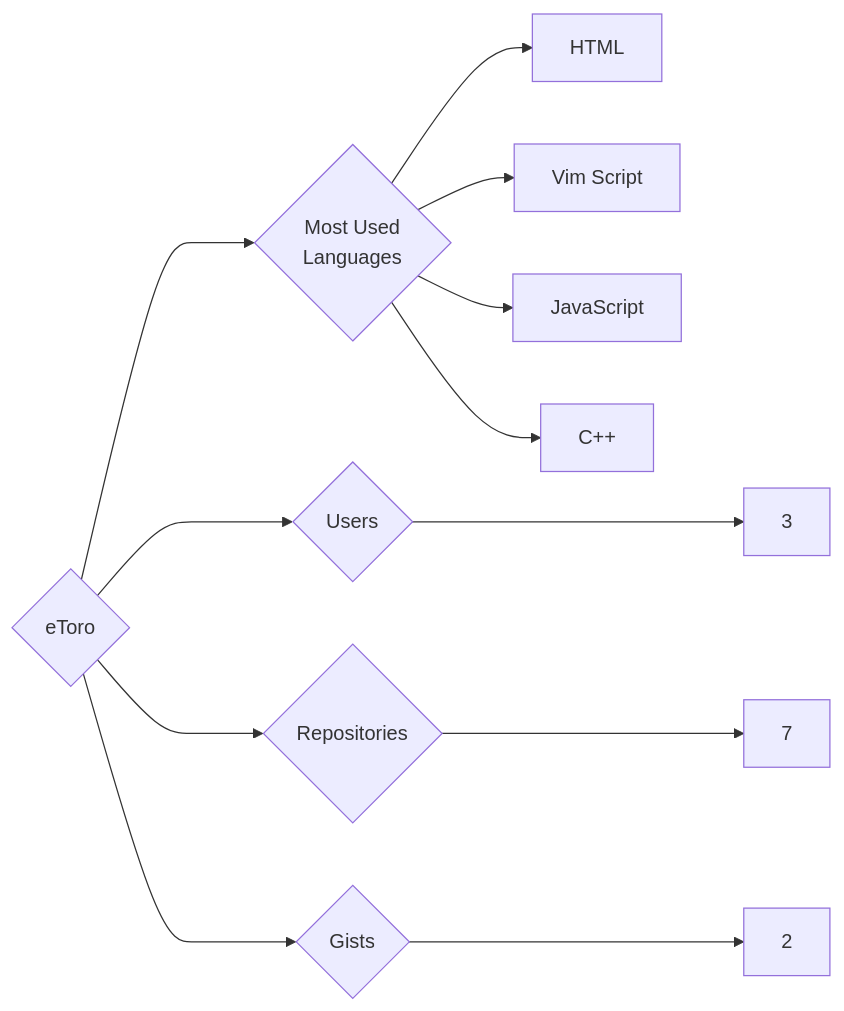
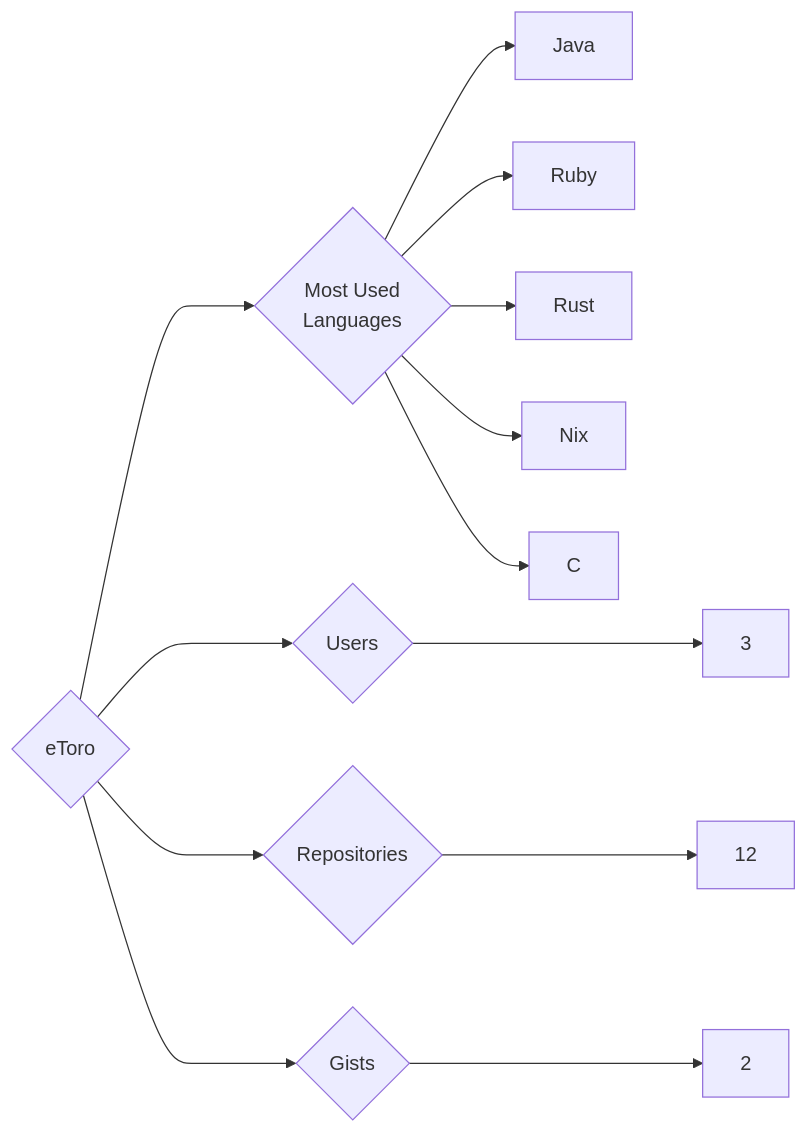
One commit to trickest/insiders changed the diagram in targets/eToro/README.md. Above: the diagram before and after it, drawn with Mermaid. The commit also changed 1141 other files, not shown here.

````diff
--- a/targets/eToro/README.md
+++ b/targets/eToro/README.md
@@ -3,12 +3,13 @@
 ```mermaid
 graph LR
 COMPANY_NAME{eToro}
 COMPANY_NAME ---> U{Users} ---> UN[3]
-COMPANY_NAME ---> R{Repositories} ---> RN[7]
+COMPANY_NAME ---> R{Repositories} ---> RN[12]
 COMPANY_NAME ---> G{Gists} ---> GN[2]
 COMPANY_NAME ---> ML{Most Used<br>Languages}
-ML --> HTML[HTML]
-ML --> Vim_Script[Vim Script]
-ML --> JavaScript[JavaScript]
-ML --> C++[C++]
+ML --> Java[Java]
+ML --> Ruby[Ruby]
+ML --> Rust[Rust]
+ML --> Nix[Nix]
+ML --> C[C]
 ```
````
